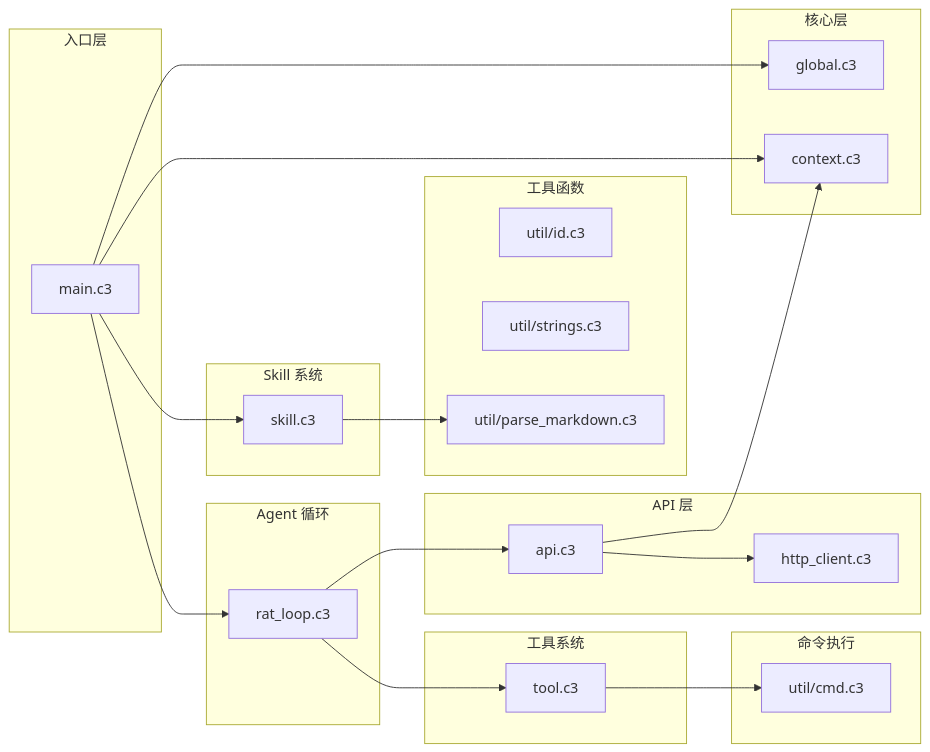
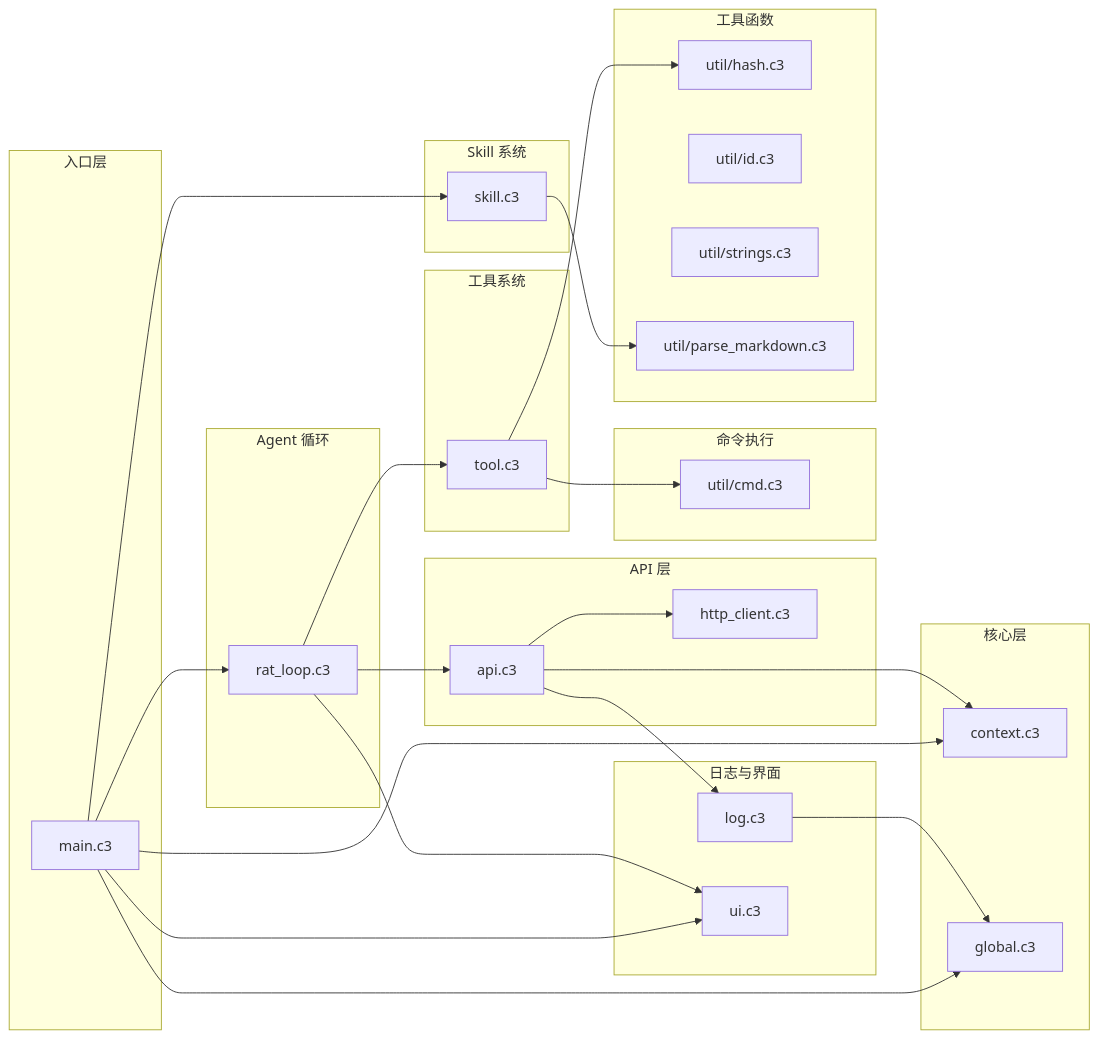
The diagram in docs/arch.md (yuekcc/mini-pi), drawn with Mermaid before and after one commit. The commit also changed other lines of this file and 3 other files, not shown here.

````diff
--- a/docs/arch.md
+++ b/docs/arch.md
@@ -57,53 +63,65 @@
 ```mermaid
 flowchart LR
     subgraph Entry["入口层"]
         main["main.c3"]
     end
 
     subgraph Core["核心层"]
         ctx["context.c3"]
         global["global.c3"]
+    end
+
+    subgraph LogUI["日志与界面"]
+        log["log.c3"]
+        ui["ui.c3"]
     end
 
     subgraph SkillSys["Skill 系统"]
         skill["skill.c3"]
     end
 
     subgraph Loop["Agent 循环"]
         run["rat_loop.c3"]
     end
 
     subgraph API["API 层"]
         completions["api.c3"]
         client["http_client.c3"]
     end
 
     subgraph Tools["工具系统"]
         hub["tool.c3"]
     end
 
     subgraph Cmd["命令执行"]
         exec_cmd["util/cmd.c3"]
     end
 
     subgraph Utils["工具函数"]
+        hash_mod["util/hash.c3"]
         id_mod["util/id.c3"]
         str_mod["util/strings.c3"]
         md_mod["util/parse_markdown.c3"]
     end
 
     main --> global
     main --> ctx
     main --> skill
     main --> run
+    main --> ui
 
     skill --> md_mod
 
     run --> completions
     run --> hub
+    run --> ui
 
     completions --> ctx
     completions --> client
+    completions --> log
 
     hub --> exec_cmd
+    hub --> hash_mod
+
+    log --> global
 ```
````
